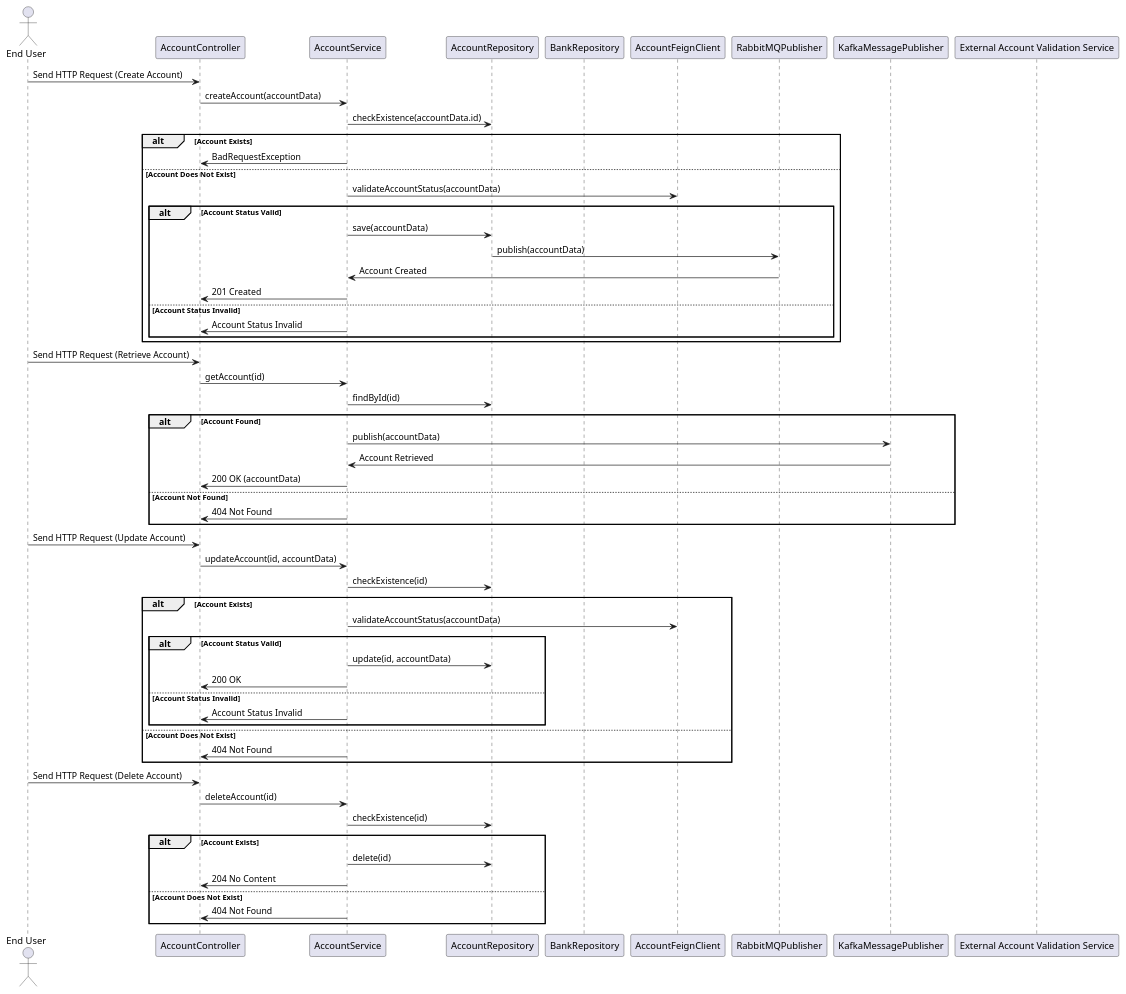
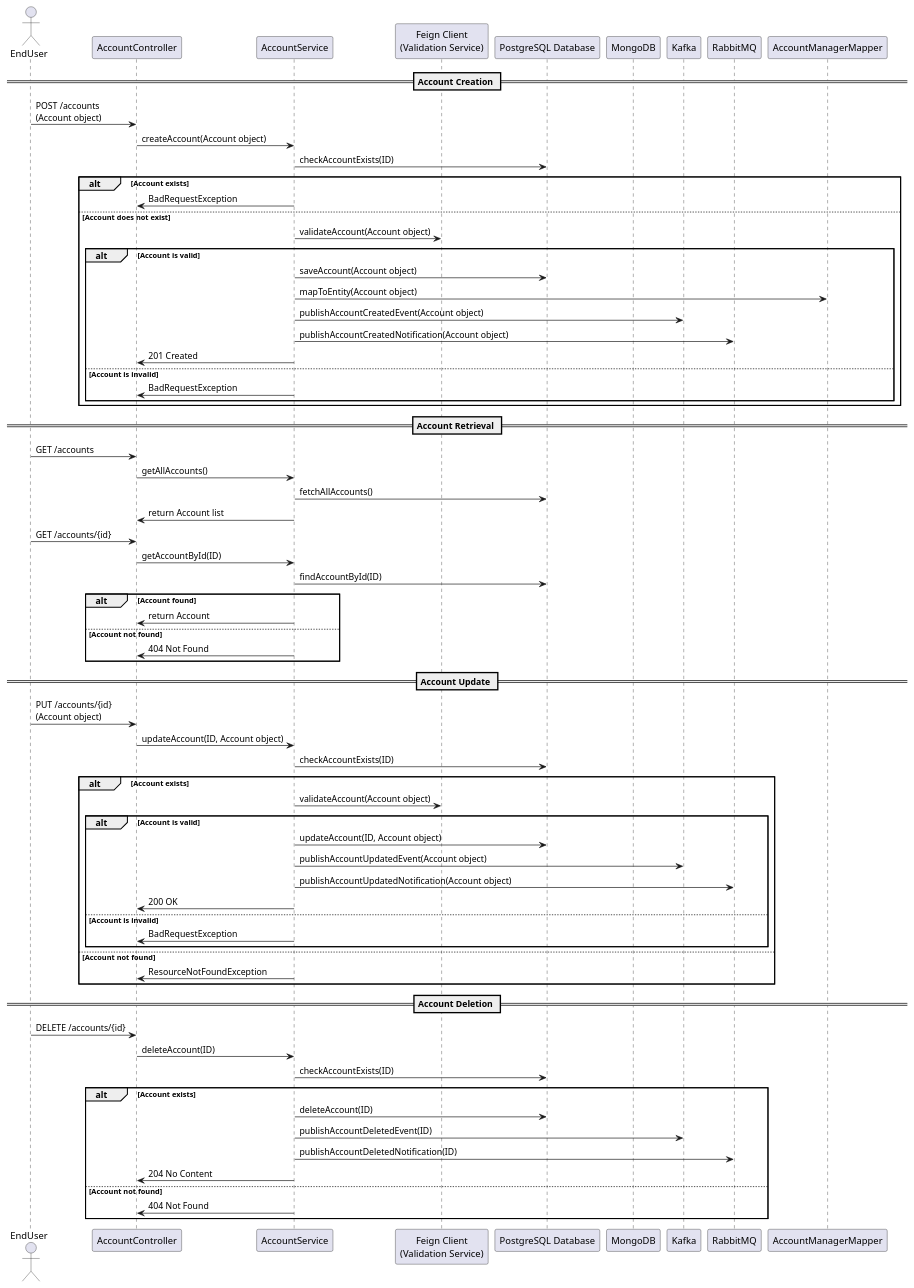
The diagram in design_document/Account_service.md (Bhaskar-Pavan/AccountService), drawn with PlantUML before and after one commit. The commit also changed other lines of this file, not shown here.

````diff
--- a/design_document/Account_service.md
+++ b/design_document/Account_service.md
@@ -38,67 +38,79 @@
 ```plantuml
 @startuml
-actor "End User" as User
-participant "AccountController" as Controller
-participant "AccountService" as Service
-participant "AccountRepository" as AccountRepo
-participant "BankRepository" as BankRepo
-participant "AccountFeignClient" as FeignClient
-participant "RabbitMQPublisher" as RabbitMQ
-participant "KafkaMessagePublisher" as Kafka
-participant "External Account Validation Service" as ExternalService
+actor EndUser as user
+participant "AccountController" as controller
+participant "AccountService" as service
+participant "Feign Client\n(Validation Service)" as validationService
+participant "PostgreSQL Database" as postgresDB
+participant "MongoDB" as mongoDB
+participant "Kafka" as kafka
+participant "RabbitMQ" as rabbitMQ
+participant "AccountManagerMapper" as mapper
 
-User -> Controller: Send HTTP Request (Create Account)
-Controller -> Service: createAccount(accountData)
-Service -> AccountRepo: checkExistence(accountData.id)
-alt Account Exists
-    Service -> Controller: BadRequestException
-else Account Does Not Exist
-    Service -> FeignClient: validateAccountStatus(accountData)
-    alt Account Status Valid
-        Service -> AccountRepo: save(accountData)
-        AccountRepo -> RabbitMQ: publish(accountData)
-        RabbitMQ -> Service: Account Created
-        Service -> Controller: 201 Created
-    else Account Status Invalid
-        Service -> Controller: Account Status Invalid
+== Account Creation ==
+user -> controller : POST /accounts\n(Account object)
+controller -> service : createAccount(Account object)
+service -> postgresDB : checkAccountExists(ID)
+alt Account exists
+    service -> controller : BadRequestException
+else Account does not exist
+    service -> validationService : validateAccount(Account object)
+    alt Account is valid
+        service -> postgresDB : saveAccount(Account object)
+        service -> mapper : mapToEntity(Account object)
+        service -> kafka : publishAccountCreatedEvent(Account object)
+        service -> rabbitMQ : publishAccountCreatedNotification(Account object)
+        service -> controller : 201 Created
+    else Account is invalid
+        service -> controller : BadRequestException
     end
 end
 
-User -> Controller: Send HTTP Request (Retrieve Account)
-Controller -> Service: getAccount(id)
-Service -> AccountRepo: findById(id)
-alt Account Found
-    Service -> Kafka: publish(accountData)
-    Kafka -> Service: Account Retrieved
-    Service -> Controller: 200 OK (accountData)
-else Account Not Found
-    Service -> Controller: 404 Not Found
+== Account Retrieval ==
+user -> controller : GET /accounts
+controller -> service : getAllAccounts()
+service -> postgresDB : fetchAllAccounts()
+service -> controller : return Account list
+
+user -> controller : GET /accounts/{id}
+controller -> service : getAccountById(ID)
+service -> postgresDB : findAccountById(ID)
+alt Account found
+    service -> controller : return Account
+else Account not found
+    service -> controller : 404 Not Found
 end
 
-User -> Controller: Send HTTP Request (Update Account)
-Controller -> Service: updateAccount(id, accountData)
-Service -> AccountRepo: checkExistence(id)
-alt Account Exists
-    Service -> FeignClient: validateAccountStatus(accountData)
-    alt Account Status Valid
-        Service -> AccountRepo: update(id, accountData)
-        Service -> Controller: 200 OK
-    else Account Status Invalid
-        Service -> Controller: Account Status Invalid
+== Account Update ==
+user -> controller : PUT /accounts/{id}\n(Account object)
+controller -> service : updateAccount(ID, Account object)
+service -> postgresDB : checkAccountExists(ID)
+alt Account exists
+    service -> validationService : validateAccount(Account object)
+    alt Account is valid
+        service -> postgresDB : updateAccount(ID, Account object)
+        service -> kafka : publishAccountUpdatedEvent(Account object)
+        service -> rabbitMQ : publishAccountUpdatedNotification(Account object)
+        service -> controller : 200 OK
+    else Account is invalid
+        service -> controller : BadRequestException
     end
-else Account Does Not Exist
-    Service -> Controller: 404 Not Found
+else Account not found
+    service -> controller : ResourceNotFoundException
 end
 
-User -> Controller: Send HTTP Request (Delete Account)
-Controller -> Service: deleteAccount(id)
-Service -> AccountRepo: checkExistence(id)
-alt Account Exists
-    Service -> AccountRepo: delete(id)
-    Service -> Controller: 204 No Content
-else Account Does Not Exist
-    Service -> Controller: 404 Not Found
+== Account Deletion ==
+user -> controller : DELETE /accounts/{id}
+controller -> service : deleteAccount(ID)
+service -> postgresDB : checkAccountExists(ID)
+alt Account exists
+    service -> postgresDB : deleteAccount(ID)
+    service -> kafka : publishAccountDeletedEvent(ID)
+    service -> rabbitMQ : publishAccountDeletedNotification(ID)
+    service -> controller : 204 No Content
+else Account not found
+    service -> controller : 404 Not Found
 end
 
 @enduml
 ```
````
